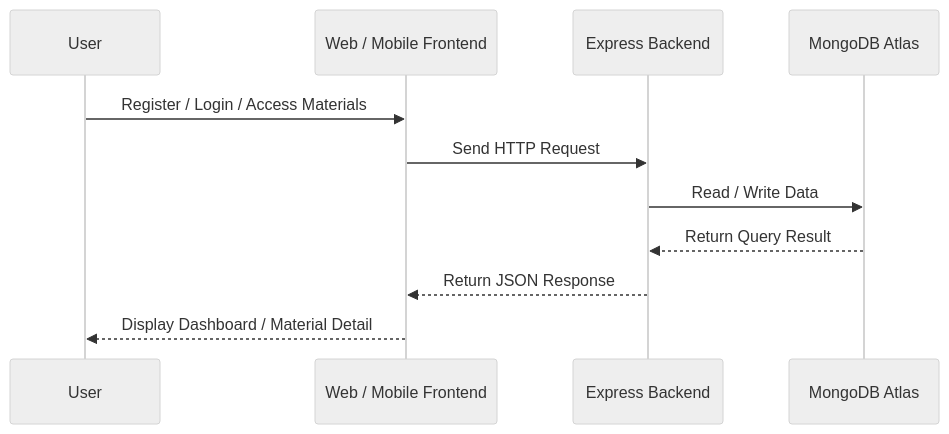
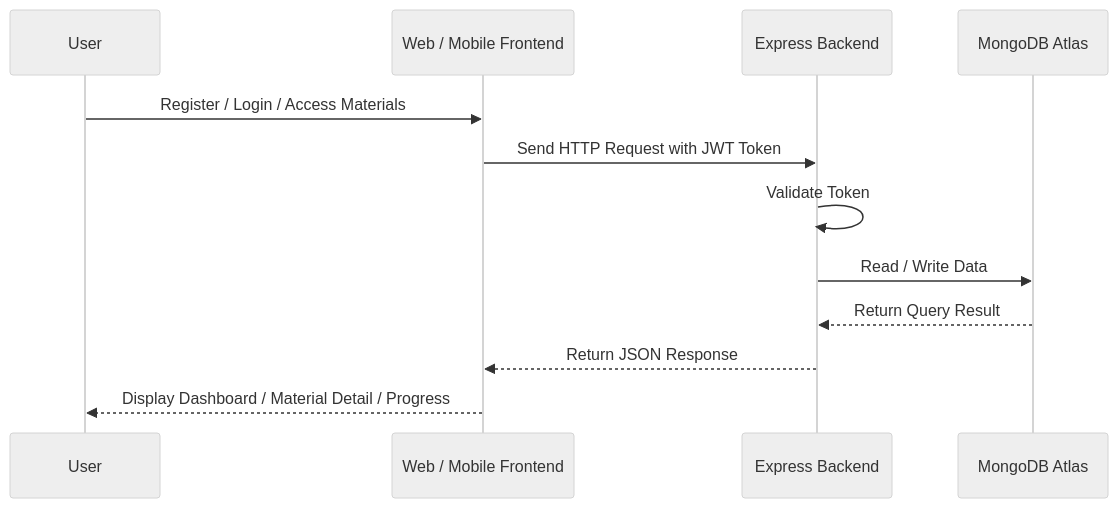
The second of 5 diagrams in readme.md (theo00000/learning-support-platform), drawn with Mermaid (neutral theme) before and after one commit. The commit also changed other lines of this file, not shown here.

Commit message:
feat: update README to include user-based progress tracking details

````diff
--- a/readme.md
+++ b/readme.md
@@ -194,14 +236,15 @@
 ```mermaid
 sequenceDiagram
     participant User
     participant Frontend as Web / Mobile Frontend
     participant API as Express Backend
     participant DB as MongoDB Atlas
 
     User->>Frontend: Register / Login / Access Materials
-    Frontend->>API: Send HTTP Request
+    Frontend->>API: Send HTTP Request with JWT Token
+    API->>API: Validate Token
     API->>DB: Read / Write Data
     DB-->>API: Return Query Result
     API-->>Frontend: Return JSON Response
-    Frontend-->>User: Display Dashboard / Material Detail
+    Frontend-->>User: Display Dashboard / Material Detail / Progress
 ```
````
